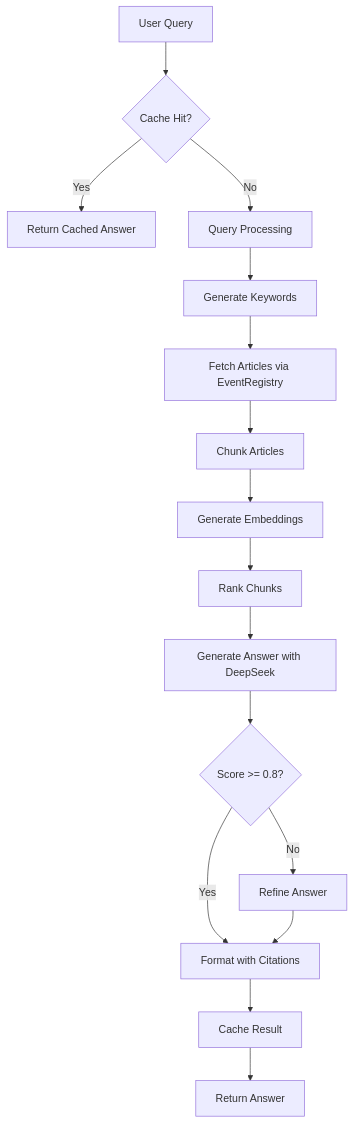
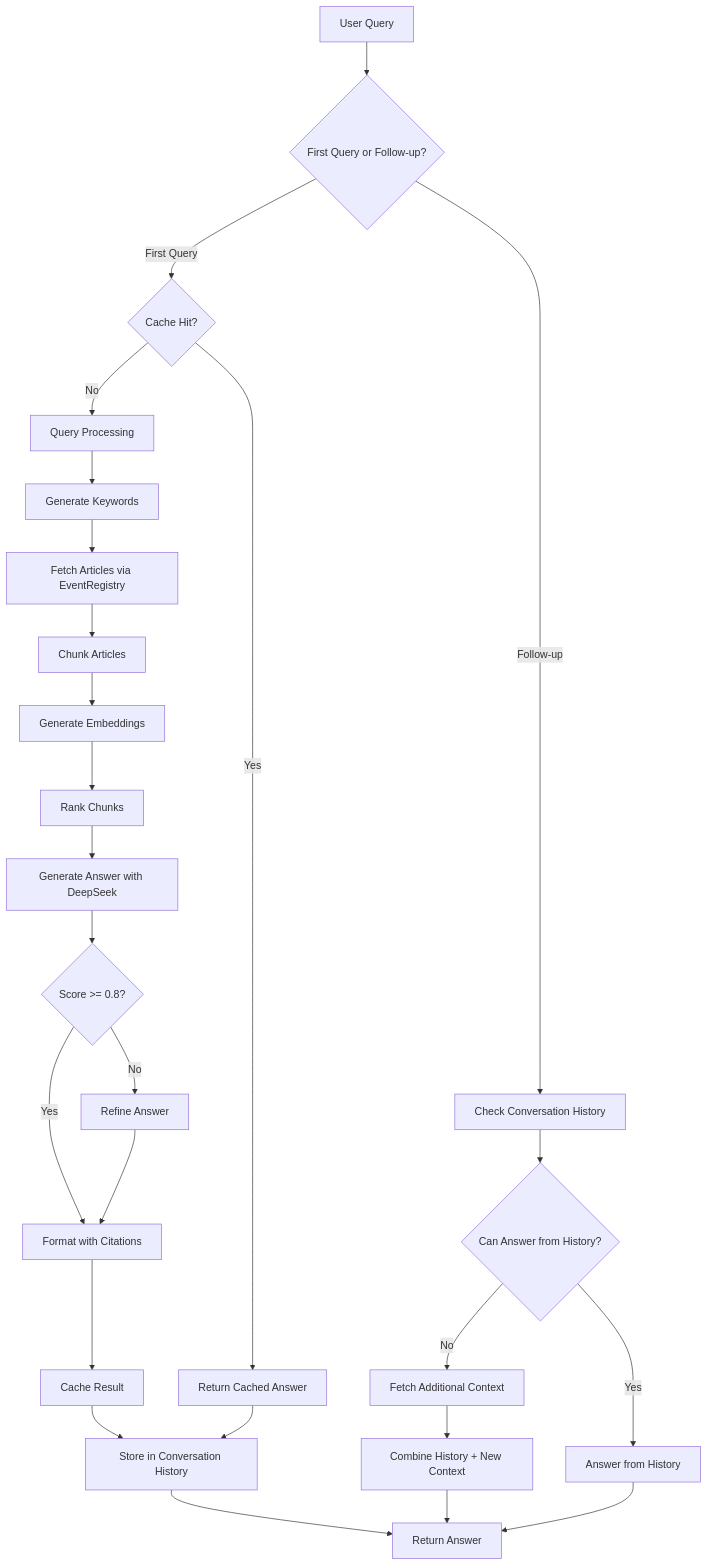
Before and after one commit to CODERTG2/NewsDash: the diagram in README.md, drawn with Mermaid. The commit also changed other lines of this file and 5 other files, not shown here.

````diff
--- a/README.md
+++ b/README.md
@@ -186,18 +233,28 @@
 ```mermaid
 graph TD
-    A[User Query] --> B{Cache Hit?}
-    B -->|Yes| C[Return Cached Answer]
-    B -->|No| D[Query Processing]
-    D --> E[Generate Keywords]
-    E --> F[Fetch Articles via EventRegistry]
-    F --> G[Chunk Articles]
-    G --> H[Generate Embeddings]
-    H --> I[Rank Chunks]
-    I --> J[Generate Answer with DeepSeek]
-    J --> K{Score >= 0.8?}
-    K -->|No| L[Refine Answer]
-    K -->|Yes| M[Format with Citations]
-    L --> M
-    M --> N[Cache Result]
-    N --> O[Return Answer]
+    A[User Query] --> B{First Query or Follow-up?}
+    B -->|Follow-up| C[Check Conversation History]
+    C --> D{Can Answer from History?}
+    D -->|Yes| E[Answer from History]
+    D -->|No| F[Fetch Additional Context]
+    F --> G[Combine History + New Context]
+    B -->|First Query| H{Cache Hit?}
+    H -->|Yes| I[Return Cached Answer]
+    H -->|No| J[Query Processing]
+    J --> K[Generate Keywords]
+    K --> L[Fetch Articles via EventRegistry]
+    L --> M[Chunk Articles]
+    M --> N[Generate Embeddings]
+    N --> O[Rank Chunks]
+    O --> P[Generate Answer with DeepSeek]
+    P --> Q{Score >= 0.8?}
+    Q -->|No| R[Refine Answer]
+    Q -->|Yes| S[Format with Citations]
+    R --> S
+    S --> T[Cache Result]
+    T --> U[Store in Conversation History]
+    U --> V[Return Answer]
+    G --> V
+    E --> V
+    I --> U
 ```
````
